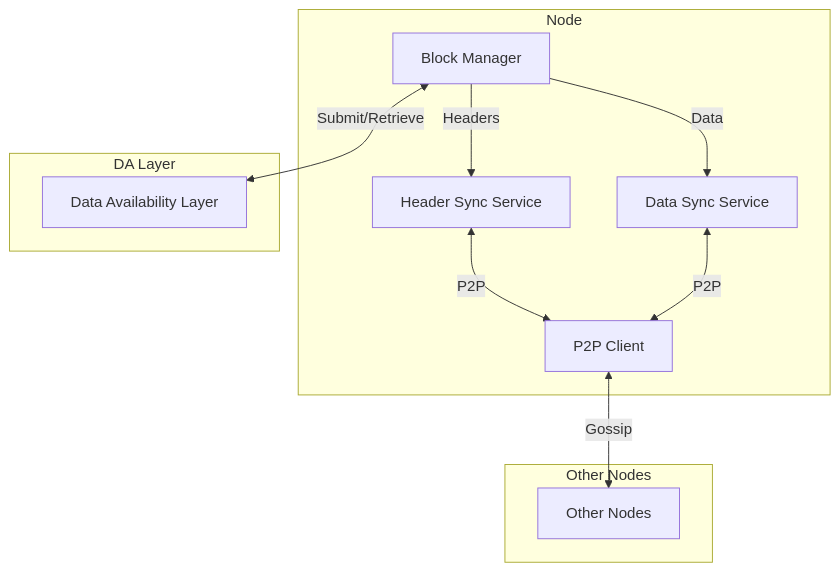
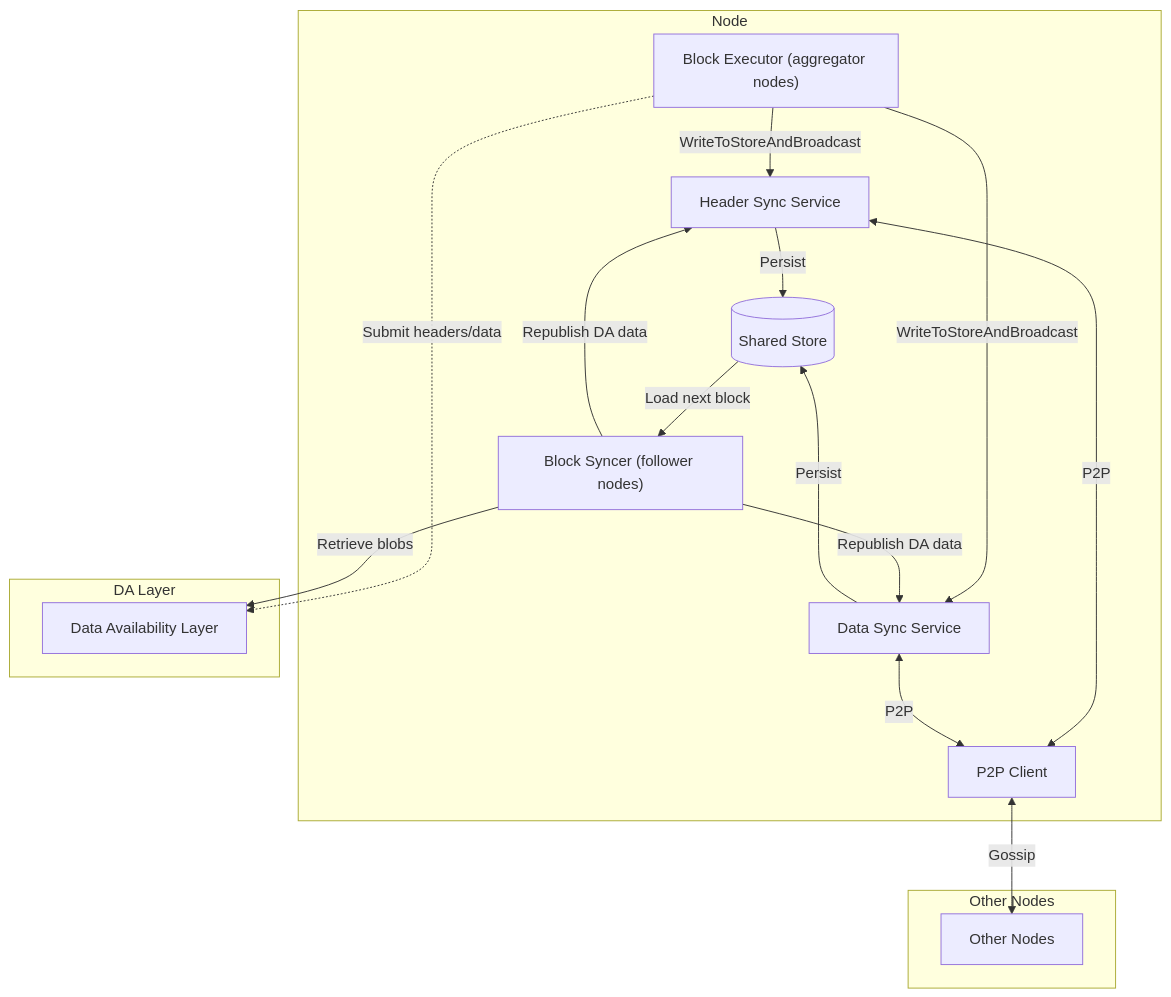
Before and after one commit to evstack/ev-node: the first of 4 diagrams in pkg/sync/README.md, drawn with Mermaid. The commit also changed other lines of this file, not shown here.

Commit message:
update readme for sync pkg

````diff
--- a/pkg/sync/README.md
+++ b/pkg/sync/README.md
@@ -16,26 +18,34 @@
 ```mermaid
 graph TD
     subgraph "Node"
-        BM[Block Manager]
+        Exec["Block Executor (aggregator nodes)"]
+        Sync["Block Syncer (follower nodes)"]
         HSS[Header Sync Service]
         DSS[Data Sync Service]
         P2P[P2P Client]
+        Store[(Shared Store)]
 
-        BM -->|Headers| HSS
-        BM -->|Data| DSS
+        Exec -->|WriteToStoreAndBroadcast| HSS
+        Exec -->|WriteToStoreAndBroadcast| DSS
+        HSS -->|Persist| Store
+        DSS -->|Persist| Store
+        Store -->|Load next block| Sync
+        Sync -->|Republish DA data| HSS
+        Sync -->|Republish DA data| DSS
         HSS <-->|P2P| P2P
         DSS <-->|P2P| P2P
     end
 
     subgraph "DA Layer"
         DAL[Data Availability Layer]
     end
 
-    BM <-->|Submit/Retrieve| DAL
+    Exec -.->|Submit headers/data| DAL
+    Sync -->|Retrieve blobs| DAL
 
     subgraph "Other Nodes"
         ON[Other Nodes]
     end
 
     P2P <-->|Gossip| ON
 ```
````
